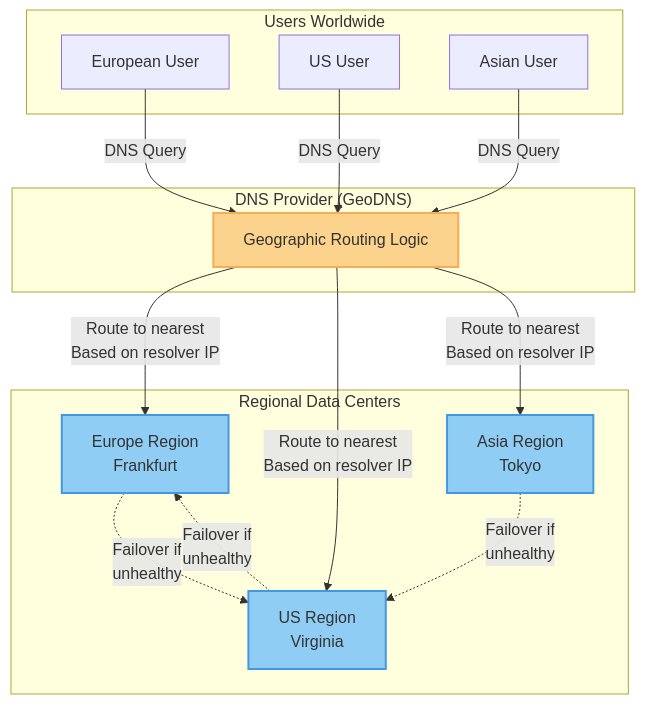
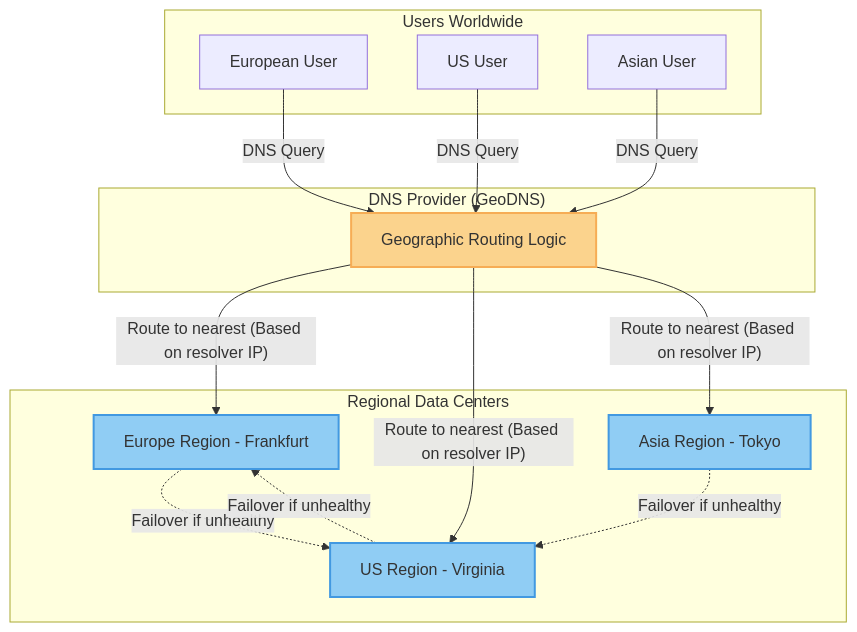
The second of 3 diagrams in docs/cs/system-design/entry-layer.mdx (YiWang24/AiDIY), drawn with Mermaid before and after one commit. The commit also changed other lines of this file and 65 other files, not shown here.

First line of the commit message:
feat(docs): comprehensive algorithms documentation and Mermaid fixes

````diff
--- a/docs/cs/system-design/entry-layer.mdx
+++ b/docs/cs/system-design/entry-layer.mdx
@@ -122,35 +122,35 @@
 ```mermaid
 graph TB
     subgraph Users["Users Worldwide"]
         EU["European User"]
         US["US User"]
         Asia["Asian User"]
     end
 
     subgraph DNS["DNS Provider (GeoDNS)"]
         Provider["Geographic Routing Logic"]
     end
 
     subgraph Regions["Regional Data Centers"]
-        EU_DC["Europe Region<br/>Frankfurt"]
-        US_DC["US Region<br/>Virginia"]
-        Asia_DC["Asia Region<br/>Tokyo"]
+        EU_DC["Europe Region - Frankfurt"]
+        US_DC["US Region - Virginia"]
+        Asia_DC["Asia Region - Tokyo"]
     end
 
     EU -->|"DNS Query"| Provider
     US -->|"DNS Query"| Provider
     Asia -->|"DNS Query"| Provider
 
-    Provider -->|"Route to nearest<br/>Based on resolver IP"| EU_DC
-    Provider -->|"Route to nearest<br/>Based on resolver IP"| US_DC
-    Provider -->|"Route to nearest<br/>Based on resolver IP"| Asia_DC
+    Provider -->|"Route to nearest (Based on resolver IP)"| EU_DC
+    Provider -->|"Route to nearest (Based on resolver IP)"| US_DC
+    Provider -->|"Route to nearest (Based on resolver IP)"| Asia_DC
 
-    EU_DC -.->|"Failover if<br/>unhealthy"| US_DC
-    US_DC -.->|"Failover if<br/>unhealthy"| EU_DC
-    Asia_DC -.->|"Failover if<br/>unhealthy"| US_DC
+    EU_DC -.->|"Failover if unhealthy"| US_DC
+    US_DC -.->|"Failover if unhealthy"| EU_DC
+    Asia_DC -.->|"Failover if unhealthy"| US_DC
 
     style Provider fill:#fbd38d,stroke:#f6ad55,stroke-width:2px
     style EU_DC fill:#90cdf4,stroke:#4299e1,stroke-width:2px
     style US_DC fill:#90cdf4,stroke:#4299e1,stroke-width:2px
     style Asia_DC fill:#90cdf4,stroke:#4299e1,stroke-width:2px
 ```
````
